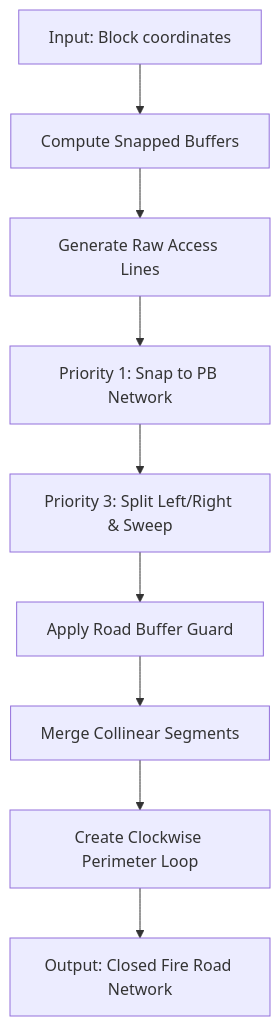
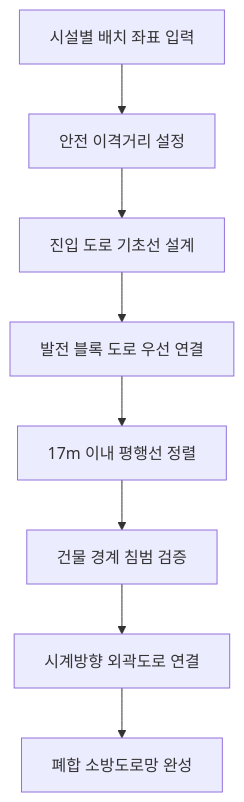
One commit to dariazhig19/D-Brain changed the second of 2 diagrams in 04_Reports/Monthly/Monthly_Report_2026_05.md. Above: the diagram before and after it, drawn with Mermaid. The commit also changed other lines of this file and 1 other file, not shown here.

````diff
--- a/04_Reports/Monthly/Monthly_Report_2026_05.md
+++ b/04_Reports/Monthly/Monthly_Report_2026_05.md
@@ -36,11 +39,10 @@
 ```mermaid
 graph TD
-    A[Input: Block coordinates] --> B[Compute Snapped Buffers]
-    B --> C[Generate Raw Access Lines]
-    C --> D[Priority 1: Snap to PB Network]
-    D --> E[Priority 3: Split Left/Right & Sweep]
-    E --> F[Apply Road Buffer Guard]
-    F --> G[Merge Collinear Segments]
-    G --> H[Create Clockwise Perimeter Loop]
-    H --> I[Output: Closed Fire Road Network]
+    A[시설별 배치 좌표 입력] --> B[안전 이격거리 설정]
+    B --> C[진입 도로 기초선 설계]
+    C --> D[발전 블록 도로 우선 연결]
+    D --> E[17m 이내 평행선 정렬]
+    E --> F[건물 경계 침범 검증]
+    F --> G[시계방향 외곽도로 연결]
+    G --> H[폐합 소방도로망 완성]
 ```
````
